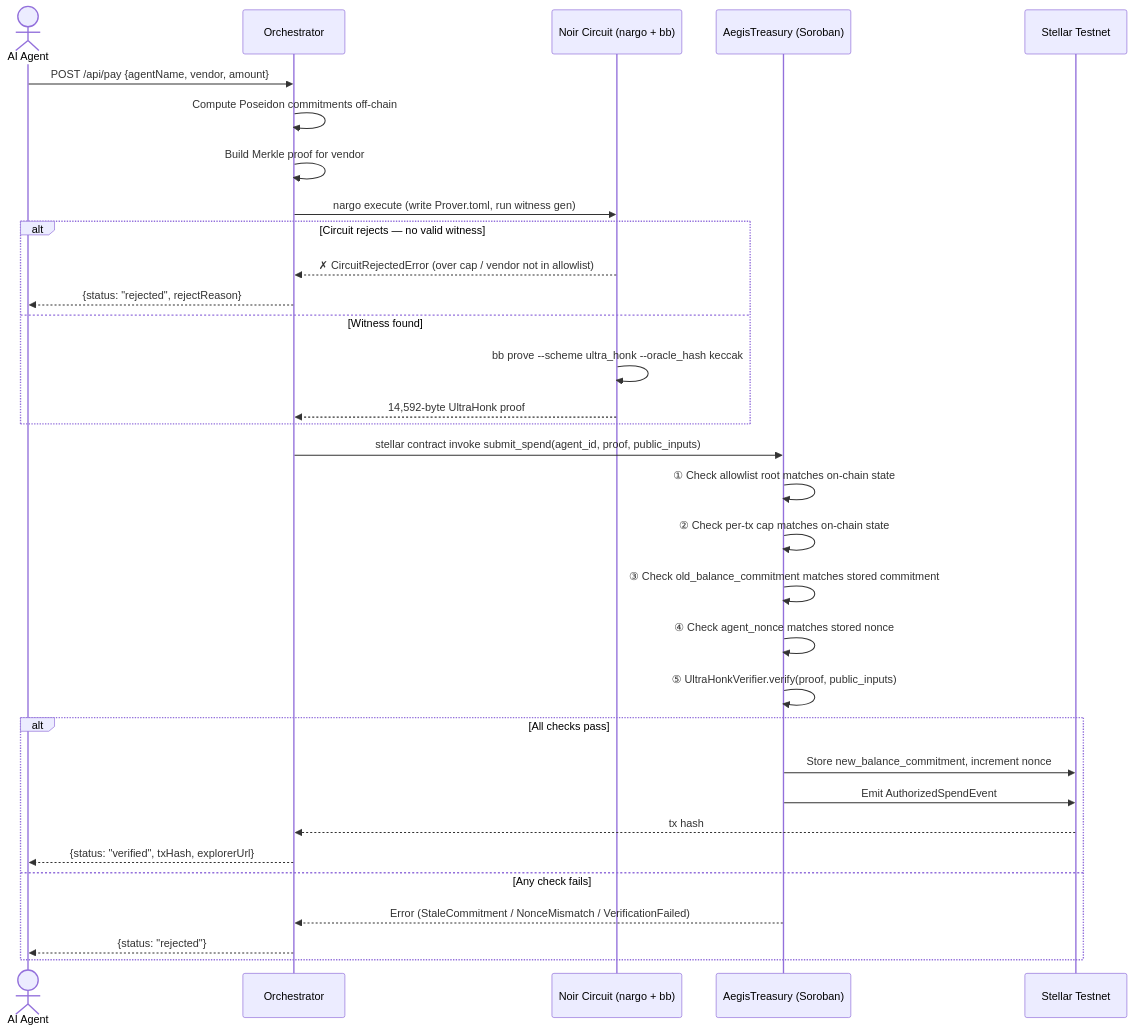
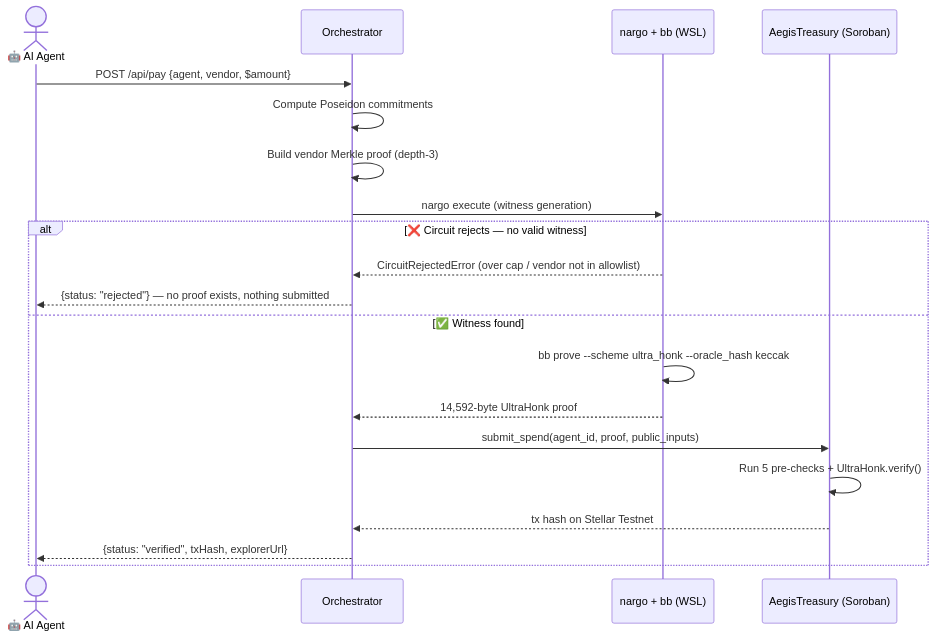
Before and after one commit to Lakshmikanth-3/aegis: the second of 2 diagrams in README.md, drawn with Mermaid. The commit also changed other lines of this file and 1 other file, not shown here.

````diff
--- a/README.md
+++ b/README.md
@@ -86,41 +102,24 @@
 ```mermaid
 sequenceDiagram
-    actor Agent as AI Agent
-    participant Orch as Orchestrator
-    participant Circuit as Noir Circuit (nargo + bb)
-    participant Contract as AegisTreasury (Soroban)
-    participant Chain as Stellar Testnet
+    actor Agent as 🤖 AI Agent
+    participant O as Orchestrator
+    participant N as nargo + bb (WSL)
+    participant C as AegisTreasury (Soroban)
 
-    Agent->>Orch: POST /api/pay {agentName, vendor, amount}
-    
-    Orch->>Orch: Compute Poseidon commitments off-chain
-    Orch->>Orch: Build Merkle proof for vendor
+    Agent->>O: POST /api/pay {agent, vendor, $amount}
+    O->>O: Compute Poseidon commitments
+    O->>O: Build vendor Merkle proof (depth-3)
+    O->>N: nargo execute (witness generation)
 
-    Orch->>Circuit: nargo execute (write Prover.toml, run witness gen)
-    
-    alt Circuit rejects — no valid witness
-        Circuit-->>Orch: ✗ CircuitRejectedError (over cap / vendor not in allowlist)
-        Orch-->>Agent: {status: "rejected", rejectReason}
-    else Witness found
-        Circuit->>Circuit: bb prove --scheme ultra_honk --oracle_hash keccak
-        Circuit-->>Orch: 14,592-byte UltraHonk proof
-    end
-
-    Orch->>Contract: stellar contract invoke submit_spend(agent_id, proof, public_inputs)
-    
-    Contract->>Contract: ① Check allowlist root matches on-chain state
-    Contract->>Contract: ② Check per-tx cap matches on-chain state
-    Contract->>Contract: ③ Check old_balance_commitment matches stored commitment
-    Contract->>Contract: ④ Check agent_nonce matches stored nonce
-    Contract->>Contract: ⑤ UltraHonkVerifier.verify(proof, public_inputs)
-    
-    alt All checks pass
-        Contract->>Chain: Store new_balance_commitment, increment nonce
-        Contract->>Chain: Emit AuthorizedSpendEvent
-        Chain-->>Orch: tx hash
-        Orch-->>Agent: {status: "verified", txHash, explorerUrl}
-    else Any check fails
-        Contract-->>Orch: Error (StaleCommitment / NonceMismatch / VerificationFailed)
-        Orch-->>Agent: {status: "rejected"}
+    alt ❌ Circuit rejects — no valid witness
+        N-->>O: CircuitRejectedError (over cap / vendor not in allowlist)
+        O-->>Agent: {status: "rejected"} — no proof exists, nothing submitted
+    else ✅ Witness found
+        N->>N: bb prove --scheme ultra_honk --oracle_hash keccak
+        N-->>O: 14,592-byte UltraHonk proof
+        O->>C: submit_spend(agent_id, proof, public_inputs)
+        C->>C: Run 5 pre-checks + UltraHonk.verify()
+        C-->>O: tx hash on Stellar Testnet
+        O-->>Agent: {status: "verified", txHash, explorerUrl}
     end
 ```
````
